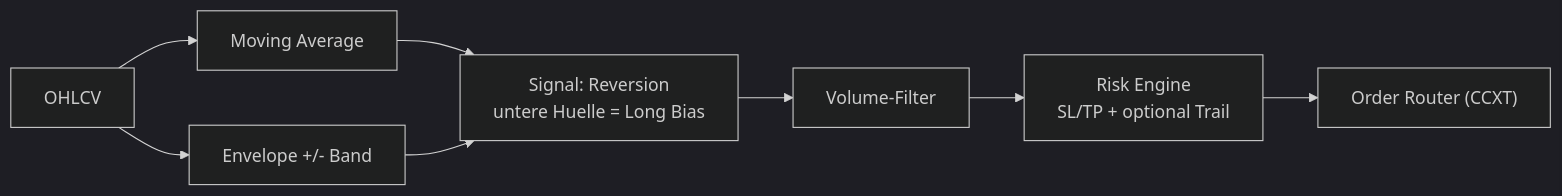
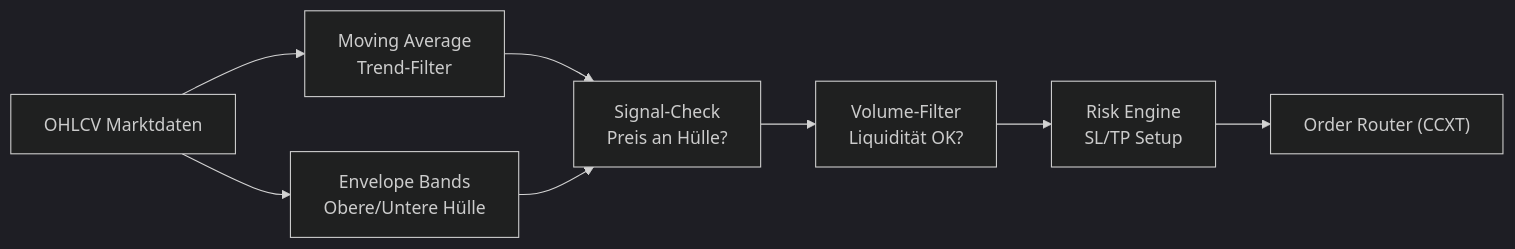
Before and after one commit to Youra82/ltbbot: the diagram in README.md, drawn with Mermaid (dark theme). The commit also changed other lines of this file and 1 other file, not shown here.

````diff
--- a/README.md
+++ b/README.md
@@ -30,14 +31,14 @@
 ```mermaid
 flowchart LR
-    A["OHLCV"]
-    B["Moving Average"]
-    C["Envelope +/- Band"]
-    D["Signal: Reversion<br/>untere Huelle = Long Bias"]
-    E["Volume-Filter"]
-    F["Risk Engine<br/>SL/TP + optional Trail"]
+    A["OHLCV Marktdaten"]
+    B["Moving Average<br/>Trend-Filter"]
+    C["Envelope Bands<br/>Obere/Untere Hülle"]
+    D["Signal-Check<br/>Preis an Hülle?"]
+    E["Volume-Filter<br/>Liquidität OK?"]
+    F["Risk Engine<br/>SL/TP Setup"]
     G["Order Router (CCXT)"]
 
     A --> B
     A --> C
     B & C --> D --> E --> F --> G
 ```
````
